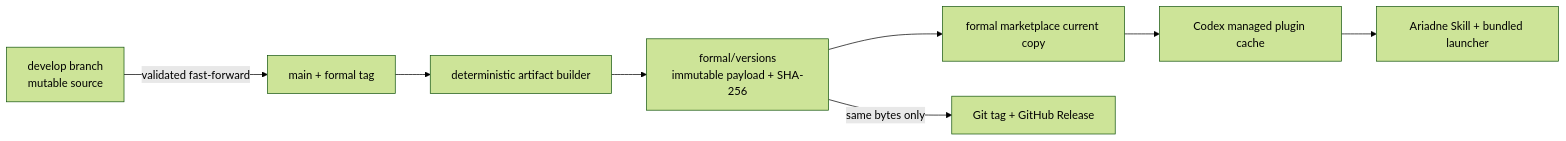
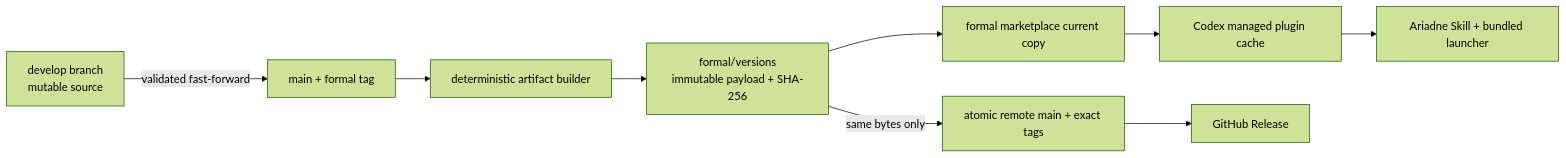
The first of 2 diagrams in docs/SDD.md (timshan/ariadne), drawn with Mermaid (forest theme) before and after one commit. The commit also changed other lines of this file and 8 other files, not shown here.

```diff
--- a/docs/SDD.md
+++ b/docs/SDD.md
@@ -161,10 +168,11 @@
 ~~~mermaid
 flowchart LR
     Dev[develop branch\nmutable source] -->|validated fast-forward| Main[main + formal tag]
     Main --> Builder[deterministic artifact builder]
     Builder --> Versions[formal/versions\nimmutable payload + SHA-256]
     Versions --> Current[formal marketplace current copy]
     Current --> Cache[Codex managed plugin cache]
     Cache --> Ariadne[Ariadne Skill + bundled launcher]
-    Versions -->|same bytes only| Release[Git tag + GitHub Release]
+    Versions -->|same bytes only| Remote[atomic remote main + exact tags]
+    Remote --> Release[GitHub Release]
 ~~~
```
